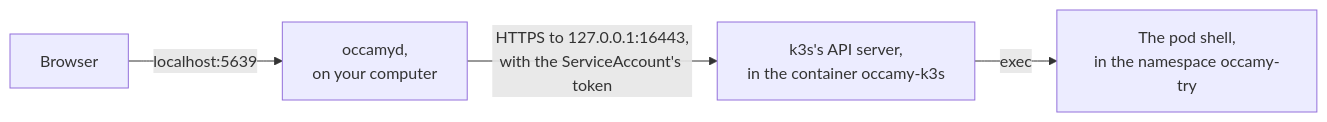
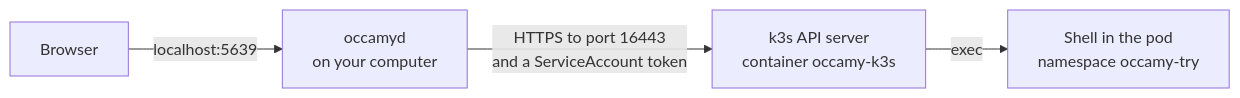
Before and after one commit to changkun/occamy: the diagram in docs/try-it.md, drawn with Mermaid. The commit also changed 2 other files, not shown here.

Commit message:
docs: say that an IPv6 ad-hoc target takes the protocol's port alone, and keep the k3s figure's labels from wrapping

````diff
--- a/docs/try-it.md
+++ b/docs/try-it.md
@@ -207,6 +207,6 @@
 ```mermaid
 flowchart LR
-  B["Browser"] -- "localhost:5639" --> O["occamyd,<br/>on your computer"]
-  O -- "HTTPS to 127.0.0.1:16443,<br/>with the ServiceAccount's token" --> K["k3s's API server,<br/>in the container occamy-k3s"]
-  K -- "exec" --> P["The pod shell,<br/>in the namespace occamy-try"]
+  B["Browser"] -- "localhost:5639" --> O["occamyd<br/>on your computer"]
+  O -- "HTTPS to port 16443<br/>and a ServiceAccount token" --> K["k3s API server<br/>container occamy-k3s"]
+  K -- "exec" --> P["Shell in the pod<br/>namespace occamy-try"]
 ```
````
